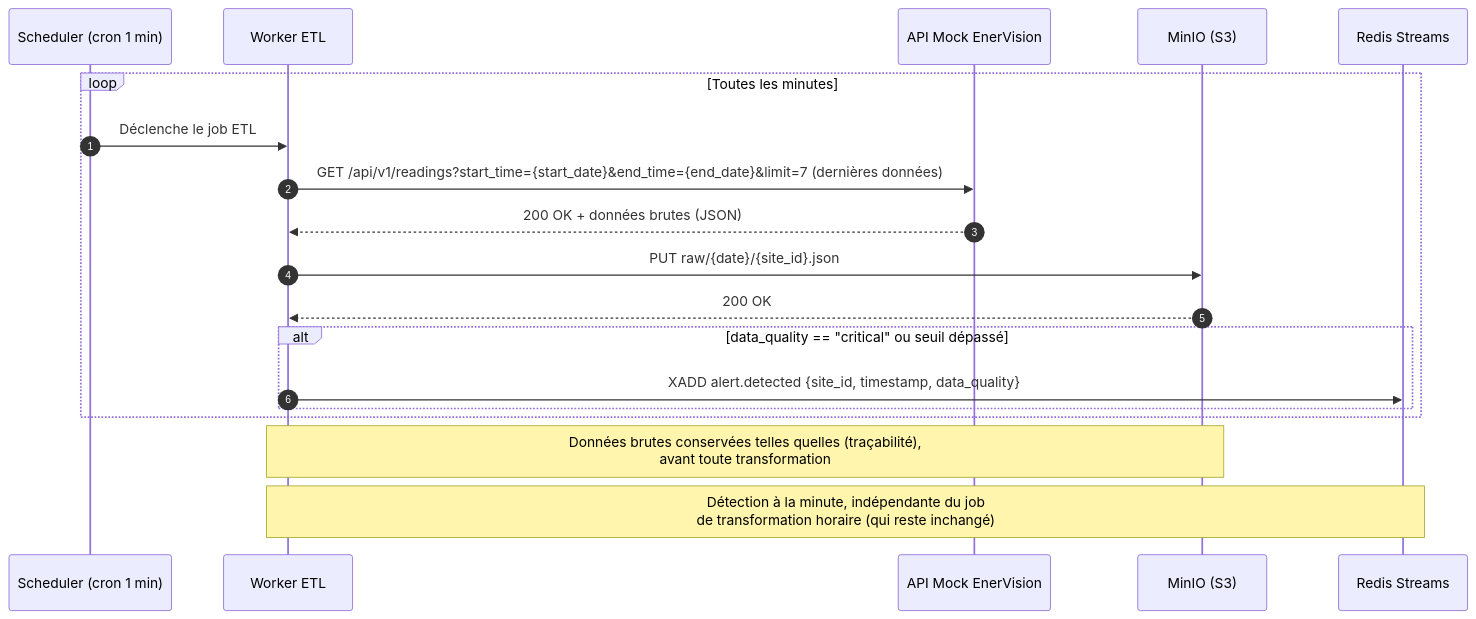
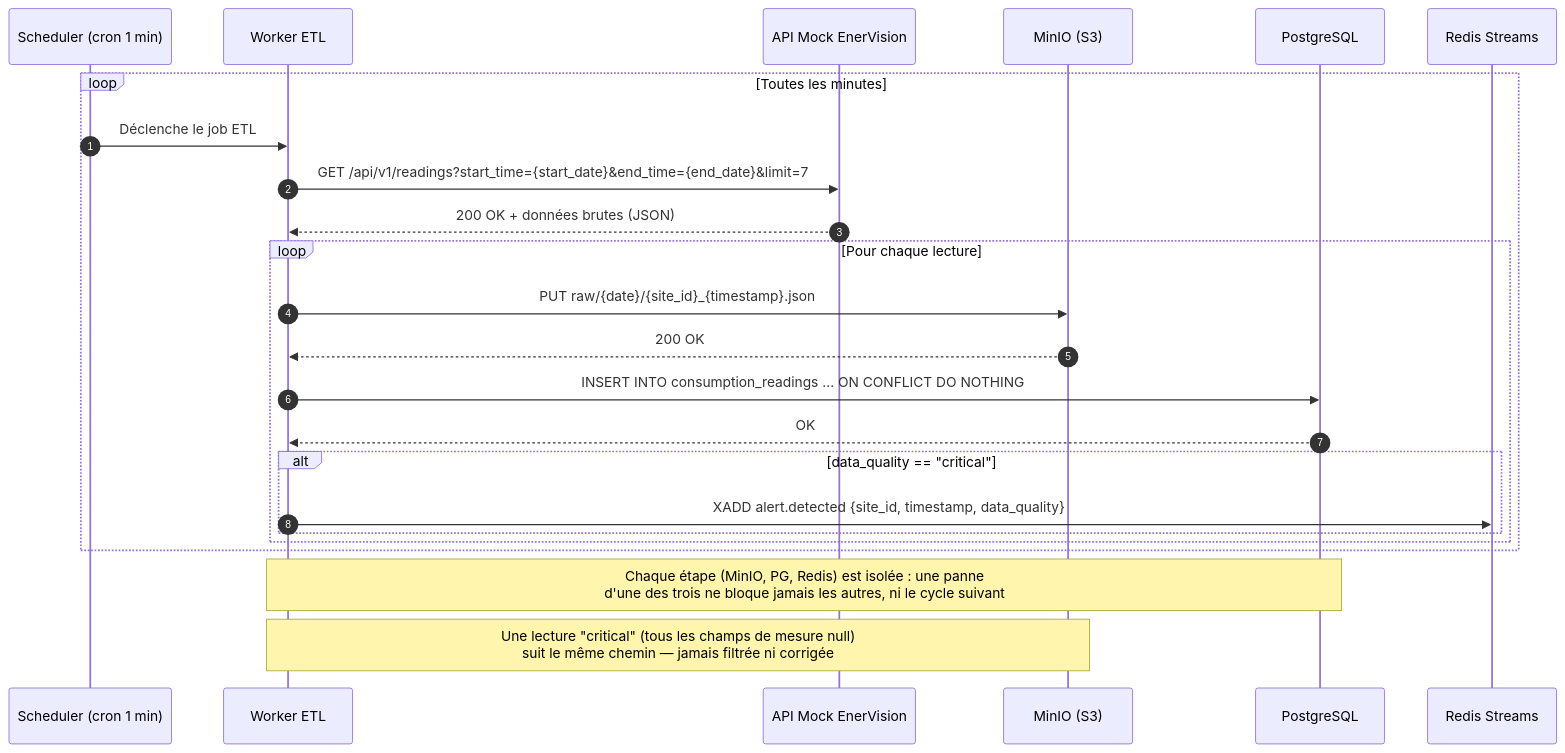
Before and after one commit to PetitPingu/EnerVision: the diagram in docs/seq_etl.md, drawn with Mermaid. The commit also changed other lines of this file and 18 other files, not shown here.

First line of the commit message:
Fusionner ingestion + transformation + alerte en un seul worker

````diff
--- a/docs/seq_etl.md
+++ b/docs/seq_etl.md
@@ -7,23 +11,29 @@
 ```mermaid
 sequenceDiagram
     autonumber
     participant Cron as Scheduler (cron 1 min)
     participant Worker as Worker ETL
     participant Mock as API Mock EnerVision
     participant MinIO as MinIO (S3)
+    participant PG as PostgreSQL
     participant Redis as Redis Streams
 
     loop Toutes les minutes
         Cron->>Worker: Déclenche le job ETL
-        Worker->>Mock: GET /api/v1/readings?start_time={start_date}&end_time={end_date}&limit=7 (dernières données)
+        Worker->>Mock: GET /api/v1/readings?start_time={start_date}&end_time={end_date}&limit=7
         Mock-->>Worker: 200 OK + données brutes (JSON)
-        Worker->>MinIO: PUT raw/{date}/{site_id}.json
-        MinIO-->>Worker: 200 OK
-        alt data_quality == "critical" ou seuil dépassé
-            Worker->>Redis: XADD alert.detected {site_id, timestamp, data_quality}
+
+        loop Pour chaque lecture
+            Worker->>MinIO: PUT raw/{date}/{site_id}_{timestamp}.json
+            MinIO-->>Worker: 200 OK
+            Worker->>PG: INSERT INTO consumption_readings ... ON CONFLICT DO NOTHING
+            PG-->>Worker: OK
+            alt data_quality == "critical"
+                Worker->>Redis: XADD alert.detected {site_id, timestamp, data_quality}
+            end
         end
     end
 
-    Note over Worker,MinIO: Données brutes conservées telles quelles (traçabilité),<br/>avant toute transformation
-    Note over Worker,Redis: Détection à la minute, indépendante du job<br/>de transformation horaire (qui reste inchangé)
+    Note over Worker,PG: Chaque étape (MinIO, PG, Redis) est isolée : une panne<br/>d'une des trois ne bloque jamais les autres, ni le cycle suivant
+    Note over Worker,MinIO: Une lecture "critical" (tous les champs de mesure null)<br/>suit le même chemin — jamais filtrée ni corrigée
 ```
````
